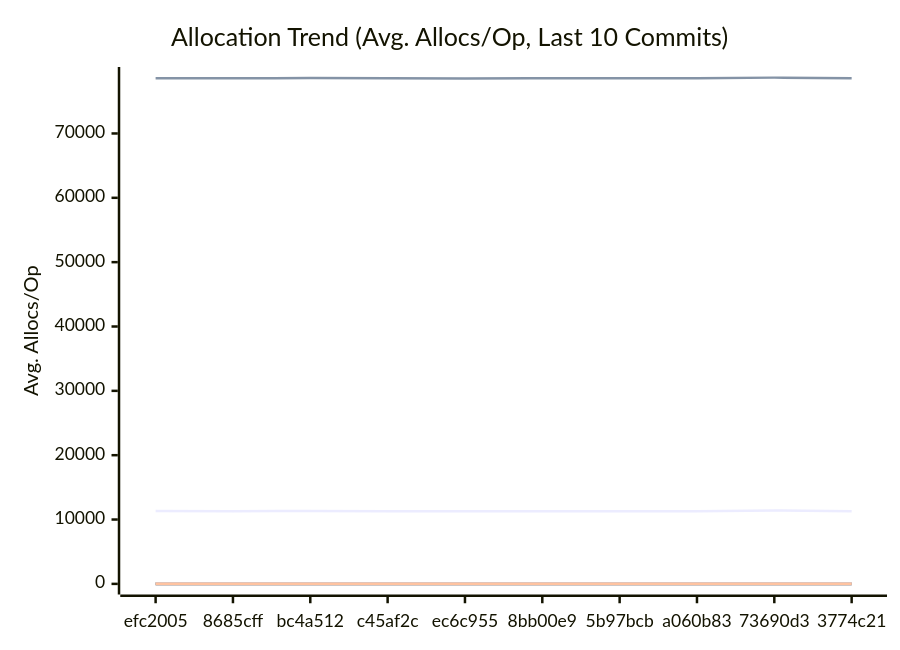
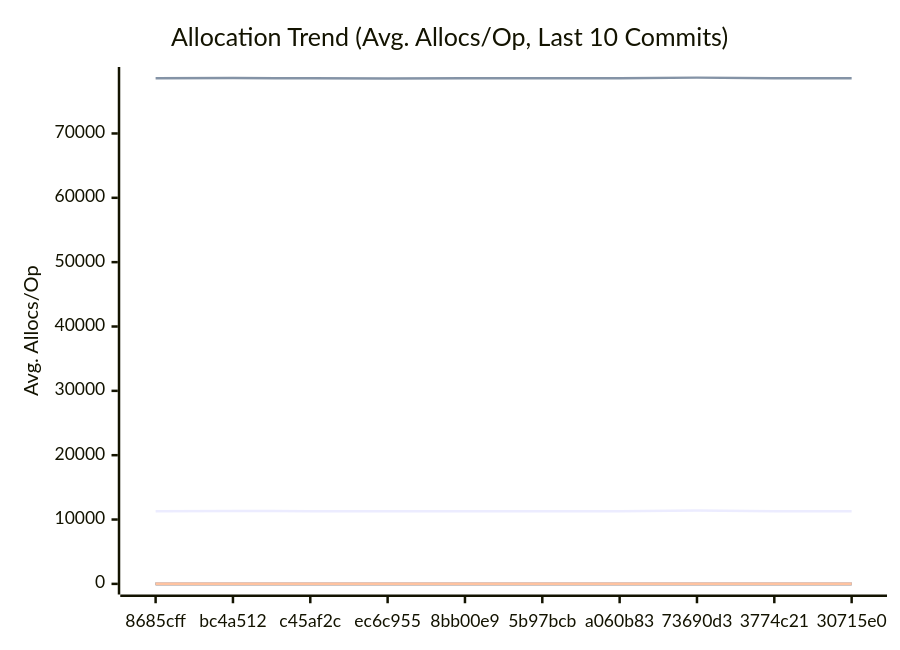
Before and after one commit to alsotoes/momo: the third of 3 diagrams in docs/PERFORMANCE.md, drawn with Mermaid. The commit also changed other lines of this file and 12 other files, not shown here.

````diff
--- a/docs/PERFORMANCE.md
+++ b/docs/PERFORMANCE.md
@@ -198,20 +198,20 @@
 ```mermaid
 xychart-beta
     title "Allocation Trend (Avg. Allocs/Op, Last 10 Commits)"
     x-axis "Commit"
     y-axis "Avg. Allocs/Op"
-    x-axis [efc2005,8685cff,bc4a512,c45af2c,ec6c955,8bb00e9,5b97bcb,a060b83,73690d3,3774c21]
-    line "AWSChunkedReaderSigned" [11308,11295,11329,11303,11273,11278,11291,11291,11422,11290]
-    line "AWSChunkedReaderUnsigned" [78577,78570,78609,78592,78561,78567,78580,78580,78679,78587]
+    x-axis [8685cff,bc4a512,c45af2c,ec6c955,8bb00e9,5b97bcb,a060b83,73690d3,3774c21,30715e0]
+    line "AWSChunkedReaderSigned" [11295,11329,11303,11273,11278,11291,11291,11422,11290,11296]
+    line "AWSChunkedReaderUnsigned" [78570,78609,78592,78561,78567,78580,78580,78679,78587,78563]
     line "CheckMetricsAndSwap" [0,0,0,0,0,0,0,0,0,0]
     line "CrushOptimized" [0,0,0,0,0,0,0,0,0,0]
     line "CrushOriginal" [3,3,3,3,3,3,3,3,3,3]
     line "IndexDirectTracking" [0,0,0,0,0,0,0,0,0,0]
     line "IndexSearch" [0,0,0,0,0,0,0,0,0,0]
-    line "LoadGlobalConfig" [46,46,46,46,46,46,46,46,46,50]
+    line "LoadGlobalConfig" [46,46,46,46,46,46,46,46,50,54]
     line "PadString" [1,1,1,1,1,1,1,1,1,1]
     line "ParseReplicationOrder_NoPrealloc" [6,6,6,6,6,5,5,5,5,5]
     line "ParseReplicationOrder_Prealloc" [2,2,2,2,2,1,1,1,1,1]
     line "SanitizeLog/Safe" [0,0,0,0,0,0,0,0,0,0]
     line "SanitizeLog/Unsafe" [1,1,1,1,1,1,1,1,1,1]
 ```
````
